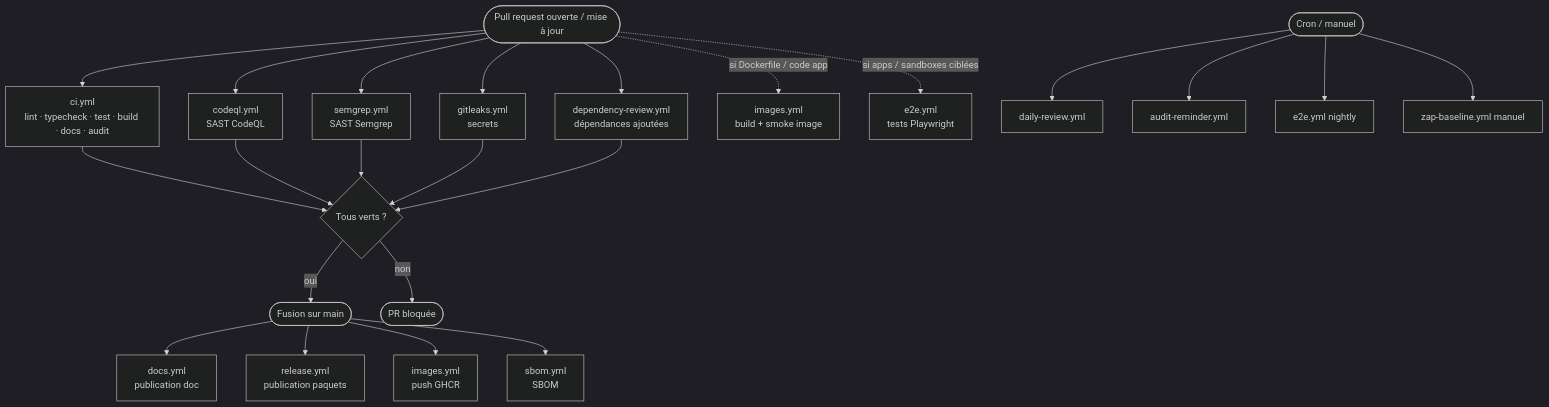
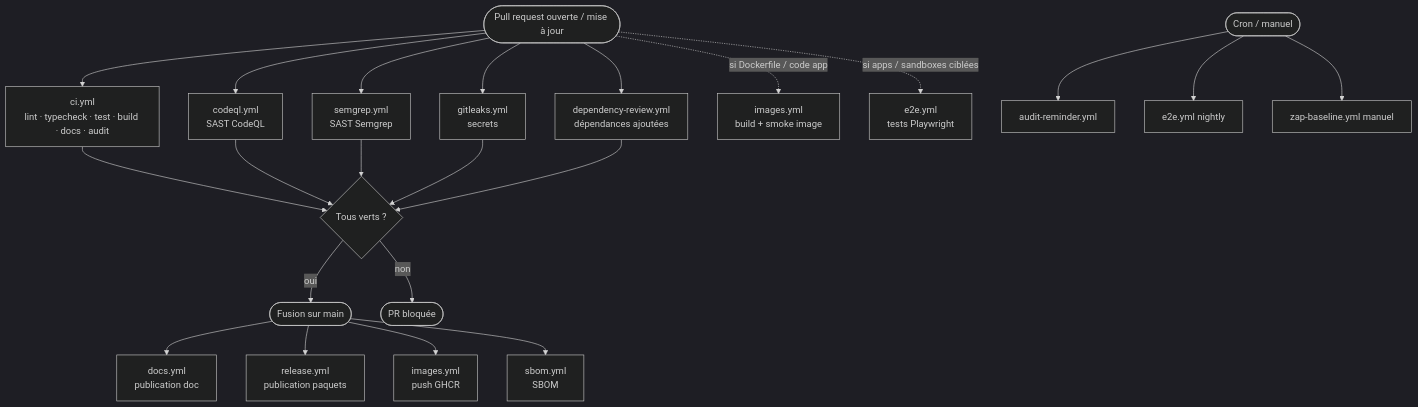
Before and after one commit to univ-lehavre/atlas: the first of 2 diagrams in docs/src/content/docs/quality/ci-pipeline.md, drawn with Mermaid (dark theme). The commit also changed other lines of this file and 9 other files, not shown here.

````diff
--- a/docs/src/content/docs/quality/ci-pipeline.md
+++ b/docs/src/content/docs/quality/ci-pipeline.md
@@ -26,21 +26,20 @@
 ```mermaid
 flowchart TD
     PR([Pull request ouverte / mise à jour]) --> CI[ci.yml<br/>lint · typecheck · test · build · docs · audit]
     PR --> CodeQL[codeql.yml<br/>SAST CodeQL]
     PR --> Semgrep[semgrep.yml<br/>SAST Semgrep]
     PR --> Gitleaks[gitleaks.yml<br/>secrets]
     PR --> DepReview[dependency-review.yml<br/>dépendances ajoutées]
     PR -. si Dockerfile / code app .-> Images[images.yml<br/>build + smoke image]
     PR -. si apps / sandboxes ciblées .-> E2E[e2e.yml<br/>tests Playwright]
     CI & CodeQL & Semgrep & Gitleaks & DepReview --> Gate{Tous verts ?}
     Gate -- oui --> Merge([Fusion sur main])
     Gate -- non --> Blocked([PR bloquée])
     Merge --> Docs[docs.yml<br/>publication doc]
     Merge --> Release[release.yml<br/>publication paquets]
     Merge --> ImagesMain[images.yml<br/>push GHCR]
     Merge --> SBOM[sbom.yml<br/>SBOM]
-    Cron([Cron / manuel]) --> Daily[daily-review.yml]
-    Cron --> Audit[audit-reminder.yml]
+    Cron([Cron / manuel]) --> Audit[audit-reminder.yml]
     Cron --> E2Enight[e2e.yml nightly]
     Cron --> ZAP[zap-baseline.yml manuel]
 ```
````
